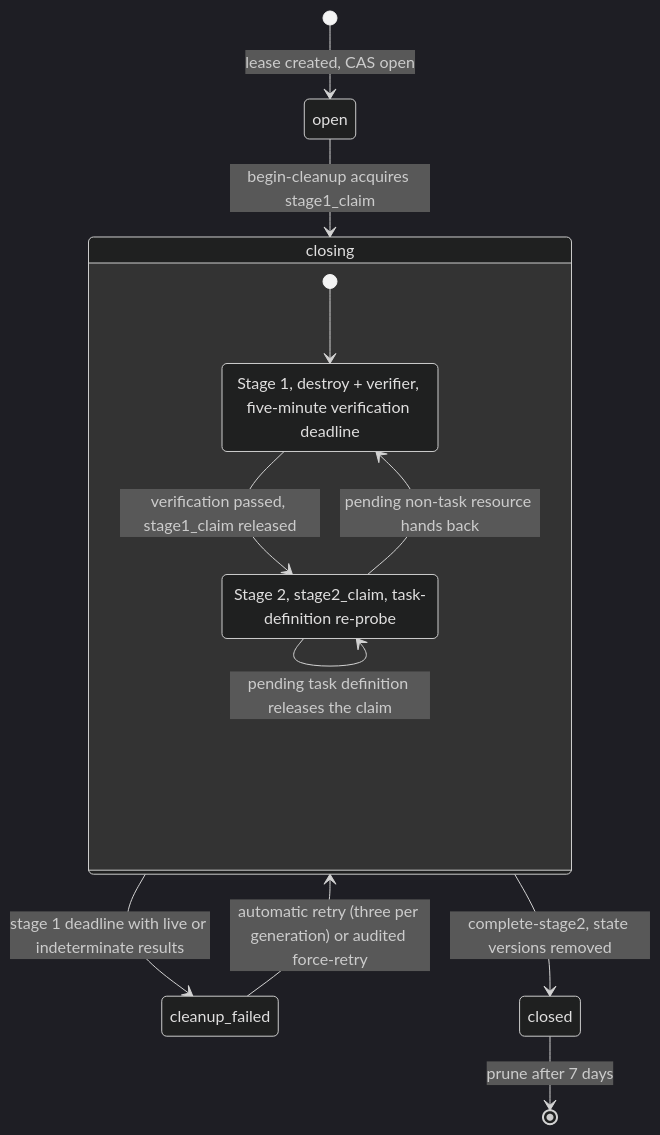
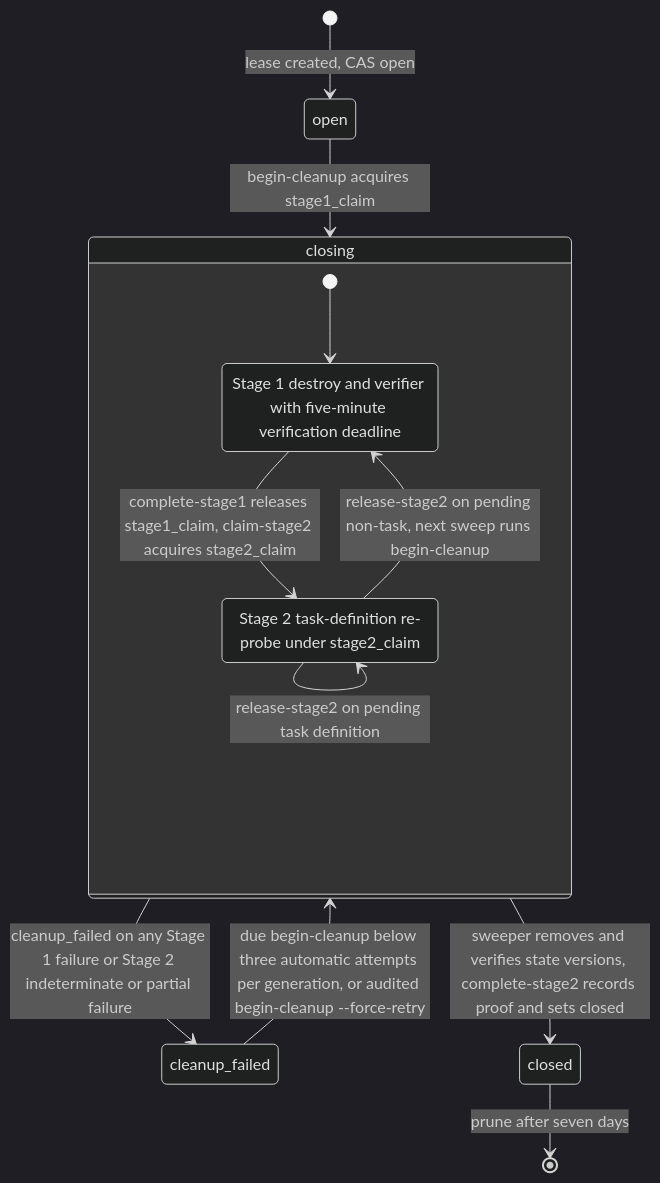
Before and after one commit to FunnyValentine69/orbit-infra: the second of 2 diagrams in README.md, drawn with Mermaid (dark theme). The commit also changed other lines of this file, not shown here.

Commit message:
docs: README Tier 2 fixes — signing happens in the hosted sign-images workflow after local builds, LocalStack lane runs the same workflows with test credentials and no role, generation resets after prune (P5-13), exact required-green PR checks, lifecycle diagram uses the real lease subcommands and ordering

````diff
--- a/README.md
+++ b/README.md
@@ -65,17 +65,17 @@
 ```mermaid
 stateDiagram-v2
     [*] --> open: lease created, CAS open
     open --> closing: begin-cleanup acquires stage1_claim
     state closing {
         [*] --> stage1
-        stage1: Stage 1, destroy + verifier, five-minute verification deadline
-        stage2: Stage 2, stage2_claim, task-definition re-probe
-        stage1 --> stage2: verification passed, stage1_claim released
-        stage2 --> stage1: pending non-task resource hands back
-        stage2 --> stage2: pending task definition releases the claim
+        stage1: Stage 1 destroy and verifier with five-minute verification deadline
+        stage2: Stage 2 task-definition re-probe under stage2_claim
+        stage1 --> stage2: complete-stage1 releases stage1_claim, claim-stage2 acquires stage2_claim
+        stage2 --> stage1: release-stage2 on pending non-task, next sweep runs begin-cleanup
+        stage2 --> stage2: release-stage2 on pending task definition
     }
-    closing --> cleanup_failed: stage 1 deadline with live or indeterminate results
-    cleanup_failed --> closing: automatic retry (three per generation) or audited force-retry
-    closing --> closed: complete-stage2, state versions removed
-    closed --> [*]: prune after 7 days
+    closing --> cleanup_failed: cleanup_failed on any Stage 1 failure or Stage 2 indeterminate or partial failure
+    cleanup_failed --> closing: due begin-cleanup below three automatic attempts per generation, or audited begin-cleanup --force-retry
+    closing --> closed: sweeper removes and verifies state versions, complete-stage2 records proof and sets closed
+    closed --> [*]: prune after seven days
 ```
````
